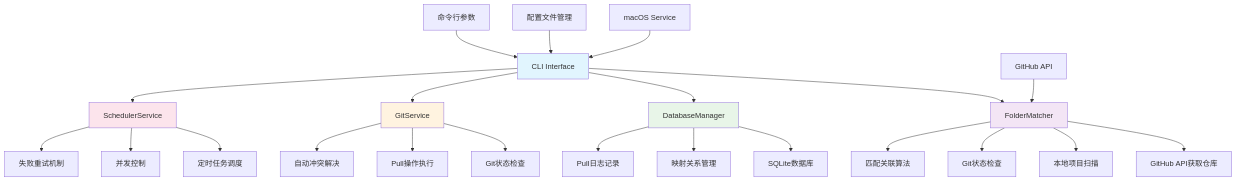
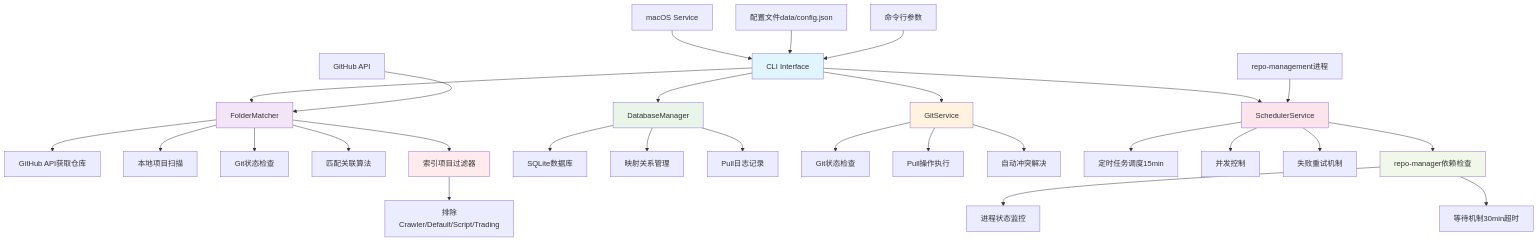
Before and after one commit to APE-147/auto-match-pull: the first of 2 diagrams in README.md, drawn with Mermaid. The commit also changed other lines of this file and 3 other files, not shown here.

````diff
--- a/README.md
+++ b/README.md
@@ -7,35 +31,44 @@
 ```mermaid
 graph TB
     A[CLI Interface] --> B[FolderMatcher]
     A --> C[DatabaseManager]
     A --> D[GitService]
     A --> E[SchedulerService]
     
     B --> F[GitHub API获取仓库]
     B --> G[本地项目扫描]
     B --> H[Git状态检查]
     B --> I[匹配关联算法]
+    B --> J[索引项目过滤器]
     
-    C --> J[SQLite数据库]
-    C --> K[映射关系管理]
-    C --> L[Pull日志记录]
+    C --> K[SQLite数据库]
+    C --> L[映射关系管理]
+    C --> M[Pull日志记录]
     
-    D --> M[Git状态检查]
-    D --> N[Pull操作执行]
-    D --> O[自动冲突解决]
+    D --> N[Git状态检查]
+    D --> O[Pull操作执行]
+    D --> P[自动冲突解决]
     
-    E --> P[定时任务调度]
-    E --> Q[并发控制]
-    E --> R[失败重试机制]
+    E --> Q[定时任务调度15min]
+    E --> R[并发控制]
+    E --> S[失败重试机制]
+    E --> T[repo-manager依赖检查]
     
-    S[GitHub API] --> B
-    T[macOS Service] --> A
-    U[配置文件管理] --> A
-    V[命令行参数] --> A
+    U[GitHub API] --> B
+    V[macOS Service] --> A
+    W[配置文件data/config.json] --> A
+    X[命令行参数] --> A
+    Y[repo-management进程] --> E
+    
+    J --> Z[排除Crawler/Default/Script/Trading]
+    T --> AA[进程状态监控]
+    T --> BB[等待机制30min超时]
     
     style A fill:#e1f5fe
     style B fill:#f3e5f5
     style C fill:#e8f5e8
     style D fill:#fff3e0
     style E fill:#fce4ec
+    style J fill:#ffebee
+    style T fill:#f1f8e9
 ```
````
